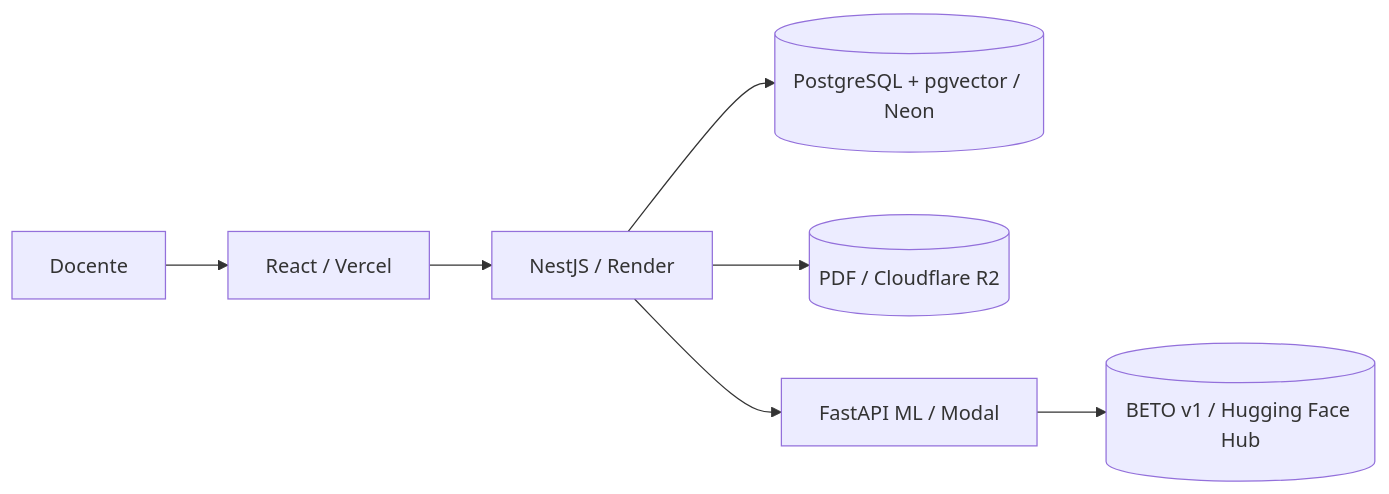
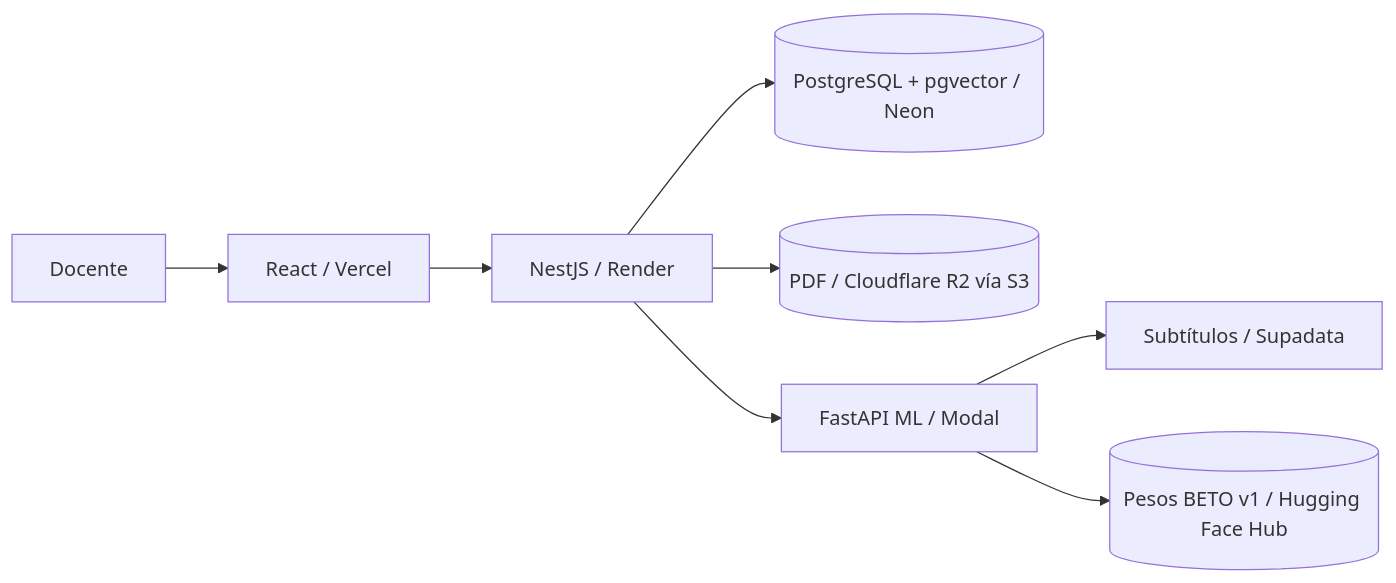
The diagram in README.md (JaquelineRocio/historia-viva-peru-tfm), drawn with Mermaid before and after one commit. The commit also changed other lines of this file and 10 other files, not shown here.

````diff
--- a/README.md
+++ b/README.md
@@ -87,9 +89,10 @@
 ```mermaid
 flowchart LR
   U[Docente] --> W[React / Vercel]
   W --> A[NestJS / Render]
   A --> D[(PostgreSQL + pgvector / Neon)]
-  A --> O[(PDF / Cloudflare R2)]
+  A --> O[(PDF / Cloudflare R2 vía S3)]
   A --> M[FastAPI ML / Modal]
-  M --> H[(BETO v1 / Hugging Face Hub)]
+  M --> S[Subtítulos / Supadata]
+  M --> H[(Pesos BETO v1 / Hugging Face Hub)]
 ```
````
